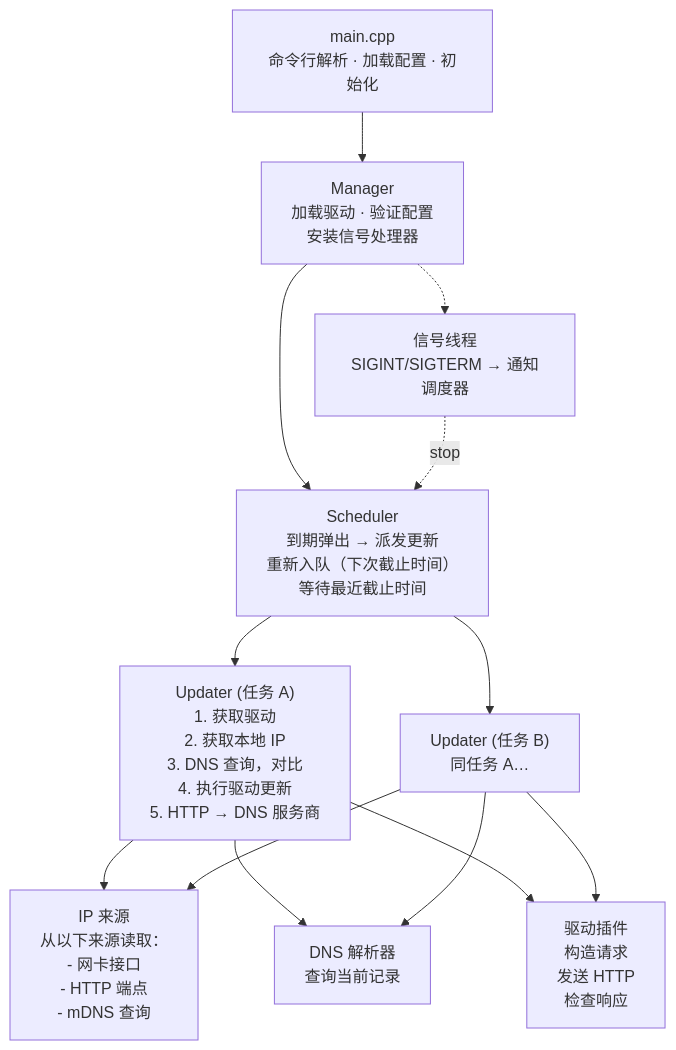
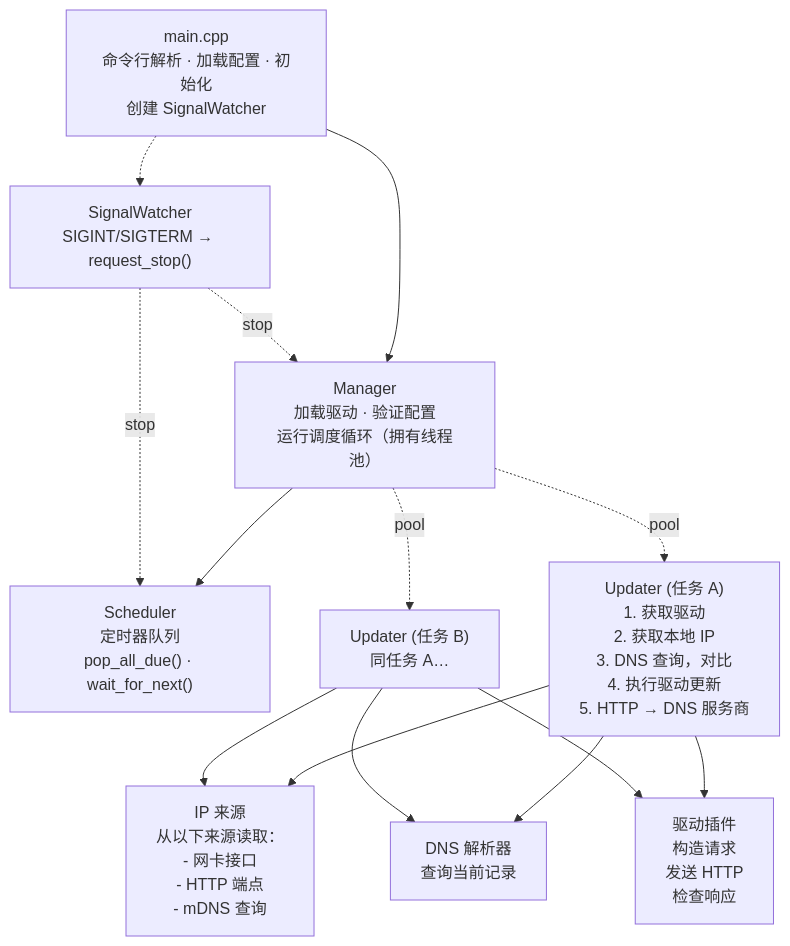
The diagram in README_CN.md (CyberKoo/yaddnsc), drawn with Mermaid before and after one commit. The commit also changed other lines of this file and 14 other files, not shown here.

````diff
--- a/README_CN.md
+++ b/README_CN.md
@@ -30,46 +30,47 @@
 ```mermaid
 flowchart TB
     main["main.cpp
-命令行解析 · 加载配置 · 初始化"]
+命令行解析 · 加载配置 · 初始化
+创建 SignalWatcher"]
     mgr["Manager
 加载驱动 · 验证配置
-安装信号处理器"]
+运行调度循环（拥有线程池）"]
     sched["Scheduler
-到期弹出 → 派发更新
-重新入队（下次截止时间）
-等待最近截止时间"]
-    signal["信号线程
-SIGINT/SIGTERM → 通知调度器"]
+定时器队列
+pop_all_due() · wait_for_next()"]
+    watcher["SignalWatcher
+SIGINT/SIGTERM → request_stop()"]
     updaterA["Updater (任务 A)
 1. 获取驱动
 2. 获取本地 IP
 3. DNS 查询，对比
 4. 执行驱动更新
 5. HTTP → DNS 服务商"]
     updaterB["Updater (任务 B)
 同任务 A…"]
     ip["IP 来源
 从以下来源读取：
 - 网卡接口
 - HTTP 端点
 - mDNS 查询"]
     dns["DNS 解析器
 查询当前记录"]
     driver["驱动插件
 构造请求
 发送 HTTP
 检查响应"]
 
     main --> mgr
+    main -.-> watcher
     mgr --> sched
-    mgr -.-> signal
-    signal -.->|stop| sched
-    sched --> updaterA
-    sched --> updaterB
+    mgr -.->|pool| updaterA
+    mgr -.->|pool| updaterB
+    watcher -.->|stop| mgr
+    watcher -.->|stop| sched
     updaterA --> ip
     updaterA --> dns
     updaterA --> driver
     updaterB --> ip
     updaterB --> dns
     updaterB --> driver
 ```
````
